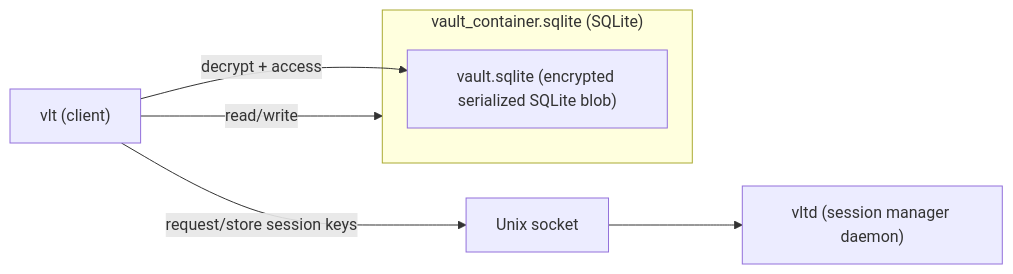
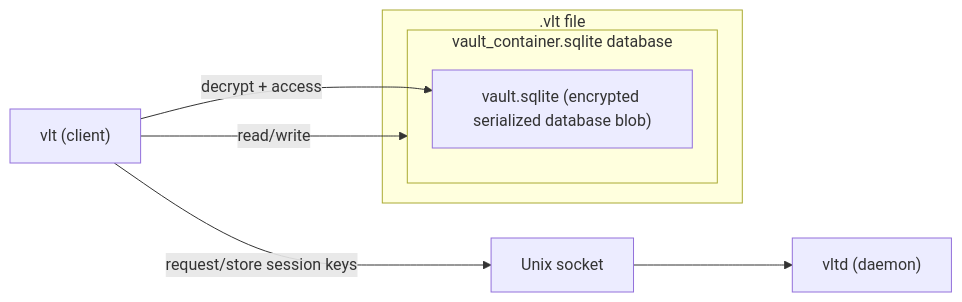
Before and after one commit to ladzaretti/vlt-cli: the diagram in readme.templ.md, drawn with Mermaid. The commit also changed other lines of this file and 9 other files, not shown here.

````diff
--- a/readme.templ.md
+++ b/readme.templ.md
@@ -51,14 +51,16 @@
 ```mermaid
 graph LR
-	subgraph VaultContainer["vault_container.sqlite (SQLite)"]
-        EncryptedVault["vault.sqlite (encrypted serialized SQLite blob)"]
+    subgraph VltFile[".vlt file"]
+      subgraph VaultContainer["vault_container.sqlite database"]
+          EncryptedVault["vault.sqlite (encrypted serialized database blob)"]
+        end
     end
 
     vlt["vlt (client)"]
-    vltd["vltd (session manager daemon)"]
+    vltd["vltd (daemon)"]
     socket["Unix socket"]
 
     vlt -->|read/write| VaultContainer
     vlt -->|decrypt + access| EncryptedVault
     vlt -->|request/store session keys| socket --> vltd
 ```
````
